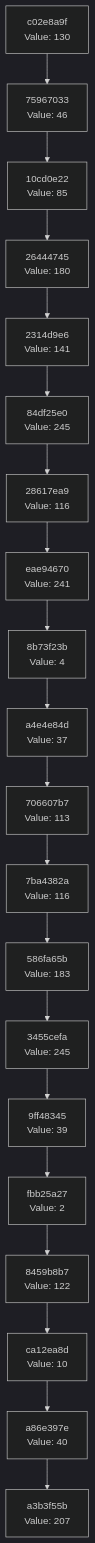
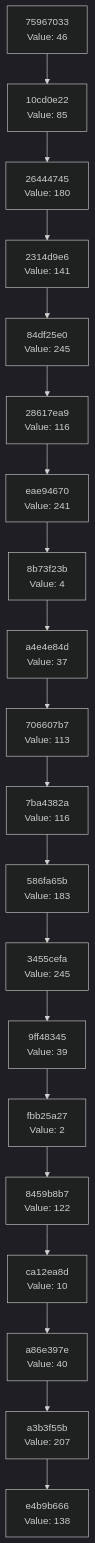
One commit to Abhisheksinha1506/hash-chain-evolver changed the diagram in docs/CHAIN_VISUALIZATION.md. Above: the diagram before and after it, drawn with Mermaid (dark theme). The commit also changed 3 other files, not shown here.

````diff
--- a/docs/CHAIN_VISUALIZATION.md
+++ b/docs/CHAIN_VISUALIZATION.md
@@ -3,42 +3,42 @@
 ```mermaid
 graph TD
-    C0["a3b3f55b<br/>Value: 207"]
-    C1["a86e397e<br/>Value: 40"]
+    C0["e4b9b666<br/>Value: 138"]
+    C1["a3b3f55b<br/>Value: 207"]
     C1 --> C0
-    C2["ca12ea8d<br/>Value: 10"]
+    C2["a86e397e<br/>Value: 40"]
     C2 --> C1
-    C3["8459b8b7<br/>Value: 122"]
+    C3["ca12ea8d<br/>Value: 10"]
     C3 --> C2
-    C4["fbb25a27<br/>Value: 2"]
+    C4["8459b8b7<br/>Value: 122"]
     C4 --> C3
-    C5["9ff48345<br/>Value: 39"]
+    C5["fbb25a27<br/>Value: 2"]
     C5 --> C4
-    C6["3455cefa<br/>Value: 245"]
+    C6["9ff48345<br/>Value: 39"]
     C6 --> C5
-    C7["586fa65b<br/>Value: 183"]
+    C7["3455cefa<br/>Value: 245"]
     C7 --> C6
-    C8["7ba4382a<br/>Value: 116"]
+    C8["586fa65b<br/>Value: 183"]
     C8 --> C7
-    C9["706607b7<br/>Value: 113"]
+    C9["7ba4382a<br/>Value: 116"]
     C9 --> C8
-    C10["a4e4e84d<br/>Value: 37"]
+    C10["706607b7<br/>Value: 113"]
     C10 --> C9
-    C11["8b73f23b<br/>Value: 4"]
+    C11["a4e4e84d<br/>Value: 37"]
     C11 --> C10
-    C12["eae94670<br/>Value: 241"]
+    C12["8b73f23b<br/>Value: 4"]
     C12 --> C11
-    C13["28617ea9<br/>Value: 116"]
+    C13["eae94670<br/>Value: 241"]
     C13 --> C12
-    C14["84df25e0<br/>Value: 245"]
+    C14["28617ea9<br/>Value: 116"]
     C14 --> C13
-    C15["2314d9e6<br/>Value: 141"]
+    C15["84df25e0<br/>Value: 245"]
     C15 --> C14
-    C16["26444745<br/>Value: 180"]
+    C16["2314d9e6<br/>Value: 141"]
     C16 --> C15
-    C17["10cd0e22<br/>Value: 85"]
+    C17["26444745<br/>Value: 180"]
     C17 --> C16
-    C18["75967033<br/>Value: 46"]
+    C18["10cd0e22<br/>Value: 85"]
     C18 --> C17
-    C19["c02e8a9f<br/>Value: 130"]
+    C19["75967033<br/>Value: 46"]
     C19 --> C18
 ```
````
